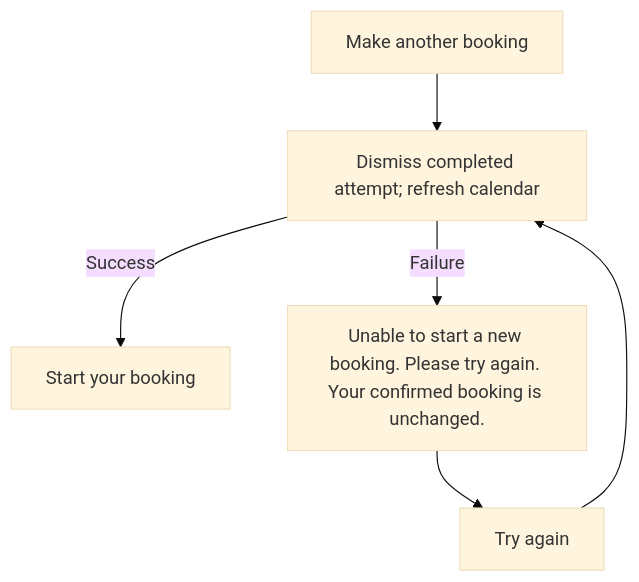
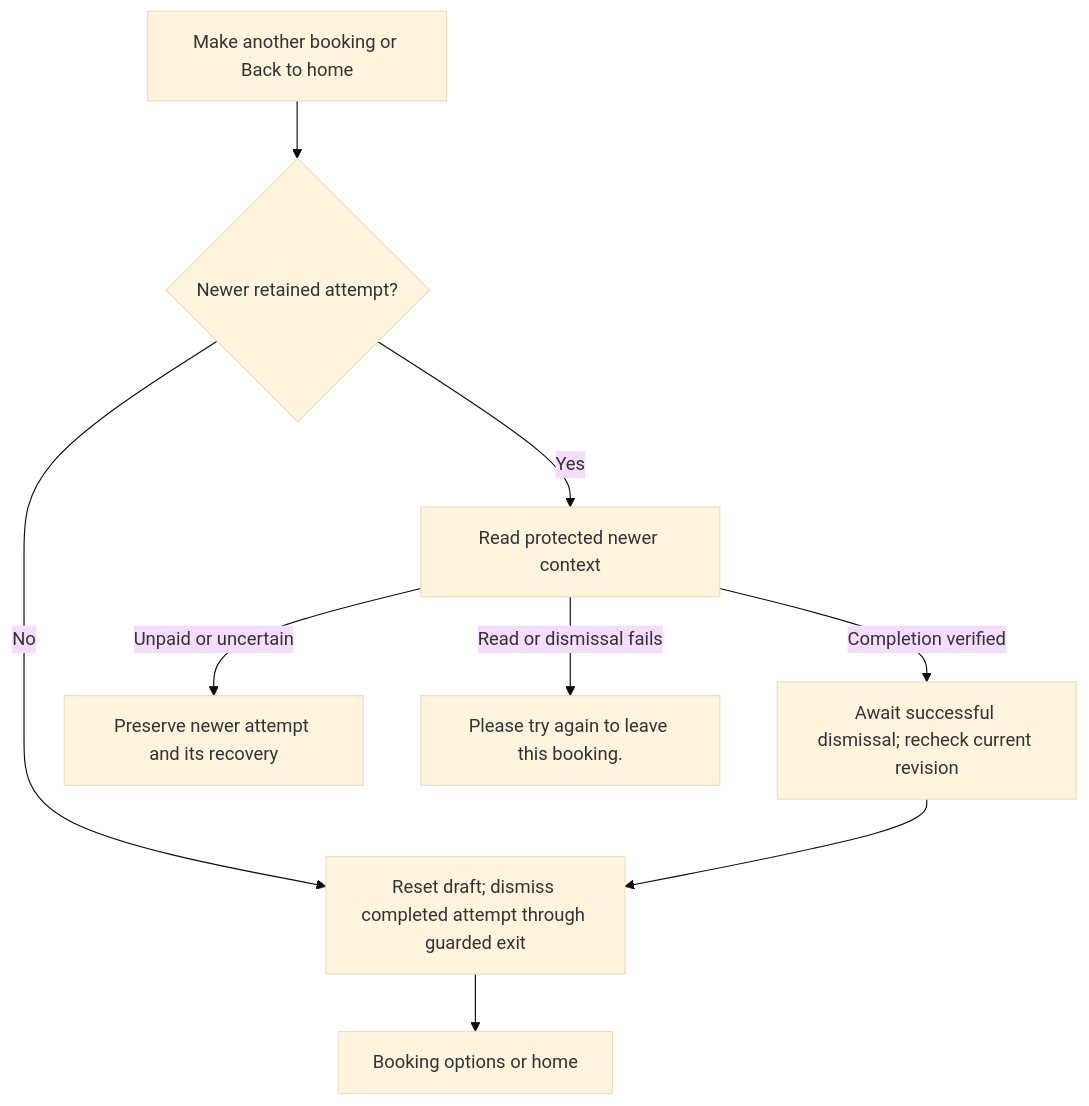
Before and after one commit to soccerbotstudiosg/soccerbotstudioSG: diagram 16 of 19 in docs/booking-flows.md, drawn with Mermaid (base theme). The commit also changed other lines of this file and 20 other files, not shown here.

````diff
--- a/docs/booking-flows.md
+++ b/docs/booking-flows.md
@@ -222,7 +231,11 @@
 ```mermaid
 flowchart TD
-  A["Make another booking"] --> B["Dismiss completed attempt; refresh calendar"]
-  B -->|Success| C["Start your booking"]
-  B -->|Failure| D["Unable to start a new booking. Please try again. Your confirmed booking is unchanged."]
-  D --> E["Try again"] --> B
+  A["Make another booking or Back to home"] --> B{"Newer retained attempt?"}
+  B -->|No| C["Reset draft; dismiss completed attempt through guarded exit"]
+  B -->|Yes| D["Read protected newer context"]
+  D -->|Completion verified| E["Await successful dismissal; recheck current revision"]
+  E --> C
+  D -->|Unpaid or uncertain| F["Preserve newer attempt and its recovery"]
+  D -->|Read or dismissal fails| G["Please try again to leave this booking."]
+  C --> H["Booking options or home"]
 ```
````
